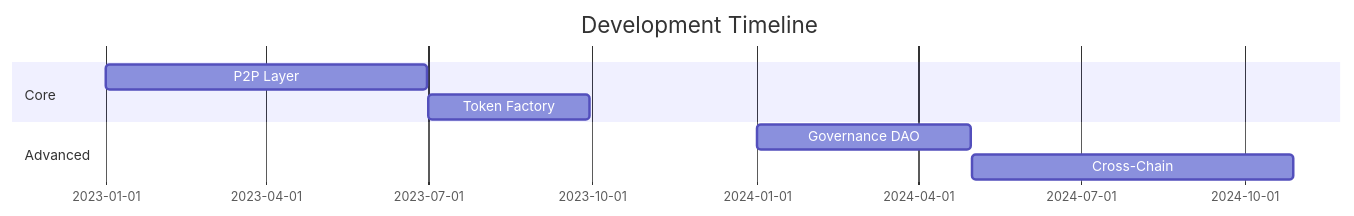
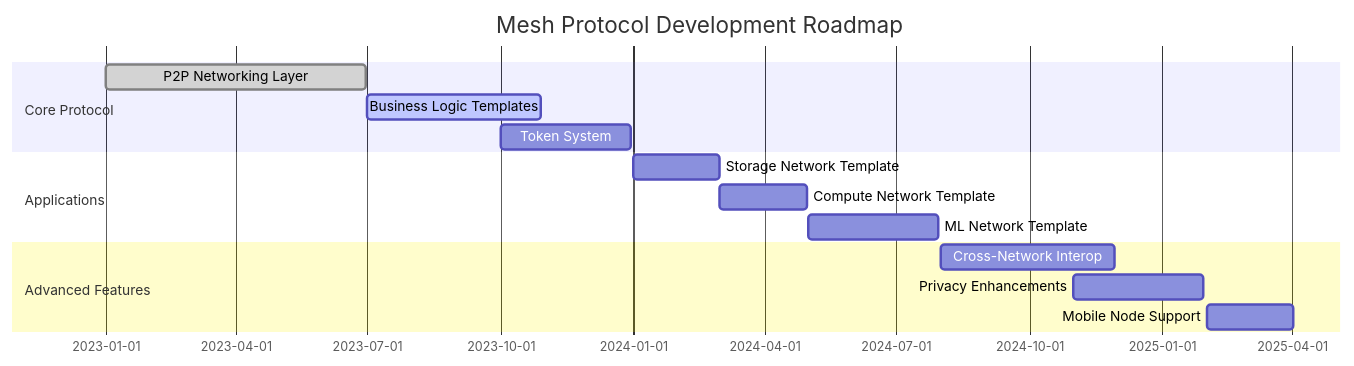
One commit to amschel99/Mesh changed the eighth of 9 diagrams in paper.md. Above: the diagram before and after it, drawn with Mermaid. The commit also changed other lines of this file, not shown here.

````diff
--- a/paper.md
+++ b/paper.md
@@ -167,11 +418,20 @@
 ```mermaid
 gantt
-    title Development Timeline
+    title Mesh Protocol Development Roadmap
     dateFormat YYYY-MM-DD
-    section Core
-    P2P Layer : 2023-01-01, 180d
-    Token Factory : 2023-07-01, 90d
-    section Advanced
-    Governance DAO : 2024-01-01, 120d
-    Cross-Chain : 2024-05-01, 180d
+
+    section Core Protocol
+    P2P Networking Layer      :done, 2023-01-01, 180d
+    Business Logic Templates  :active, 2023-07-01, 120d
+    Token System              :2023-10-01, 90d
+
+    section Applications
+    Storage Network Template  :2024-01-01, 60d
+    Compute Network Template  :2024-03-01, 60d
+    ML Network Template       :2024-05-01, 90d
+
+    section Advanced Features
+    Cross-Network Interop     :2024-08-01, 120d
+    Privacy Enhancements      :2024-11-01, 90d
+    Mobile Node Support       :2025-02-01, 60d
 ```
````
